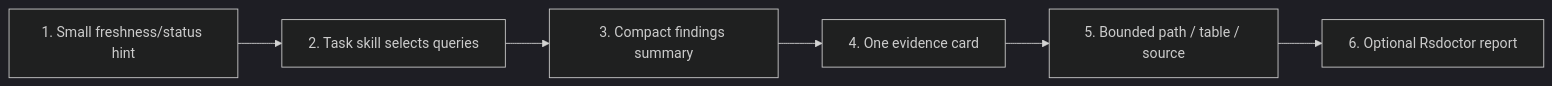
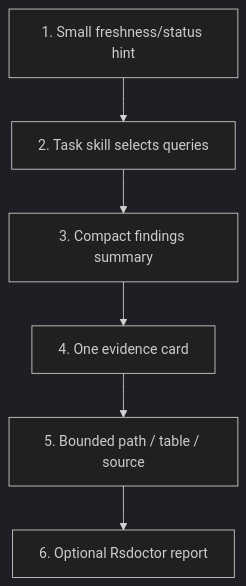
Before and after one commit to rstackjs/rstack-cli: the eighth of 10 diagrams in docs/rfcs/0001-rstack-context-engine.md, drawn with Mermaid (dark theme). The commit also changed other lines of this file, not shown here.

Commit message:
docs: improve RFC architecture diagrams

````diff
--- a/docs/rfcs/0001-rstack-context-engine.md
+++ b/docs/rfcs/0001-rstack-context-engine.md
@@ -743,11 +737,11 @@
 ```mermaid
-flowchart LR
+flowchart TB
   Hint["1. Small freshness/status hint"]
   Skill["2. Task skill selects queries"]
   Summary["3. Compact findings summary"]
   Card["4. One evidence card"]
   Path["5. Bounded path / table / source"]
   Report["6. Optional Rsdoctor report"]
 
   Hint --> Skill --> Summary --> Card --> Path --> Report
 ```
````
